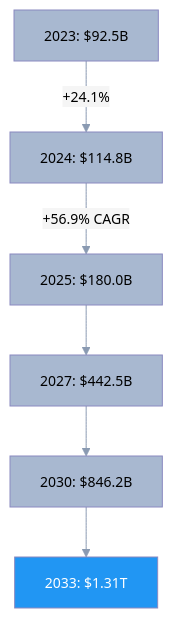
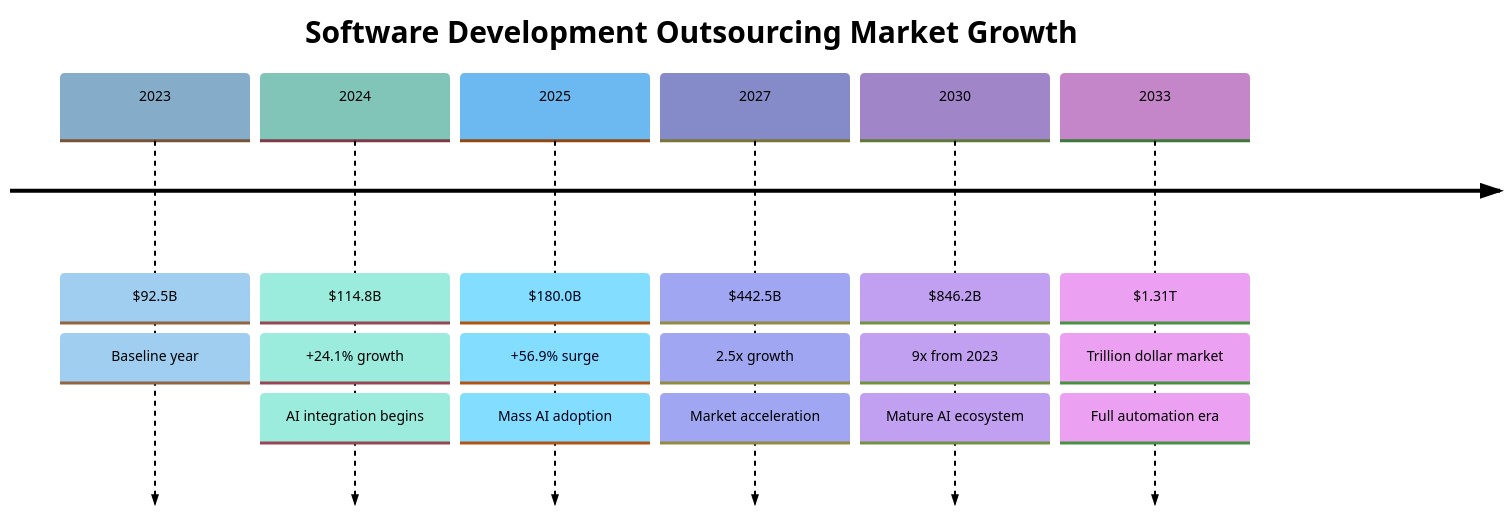
One commit to o2alexanderfedin/AI-Hive-Business-Docs changed the second of 7 diagrams in business-documents/market-analysis/03-market-size-growth.md. Above: the diagram before and after it, drawn with Mermaid. The commit also changed other lines of this file, not shown here.

Commit message:
feat: Improve timeline visualization with balanced colors
- Convert 'Explosive Growth Trajectory' from flowchart to timeline format
- Apply soft, muted color palette for better visual balance
- Use pale colors that are neither too dark nor too washed out
- Maintain black text for excellent readability
- Add contextual milestones to each timeline entry

The timeline now provides clearer chronological progression with
professional, easy-on-the-eyes colors.

🤖 Generated with [Claude Code](https://claude.ai/code)

````diff
--- a/business-documents/market-analysis/03-market-size-growth.md
+++ b/business-documents/market-analysis/03-market-size-growth.md
@@ -120,74 +120,88 @@
 %%{init: {
   'theme': 'base',
   'themeVariables': {
-    'primaryColor': '#A8B8D0',
+    'primaryColor': '#DDE8F0',
     'primaryTextColor': '#000000',
-    'primaryBorderColor': '#8A9AB2',
-    'lineColor': '#8A9AB2',
-    'secondaryColor': '#5DBCB6',
+    'primaryBorderColor': '#C8D5E3',
+    'lineColor': '#C8D5E3',
+    'secondaryColor': '#D8EDE9',
     'secondaryTextColor': '#000000',
-    'secondaryBorderColor': '#3D9A94',
-    'tertiaryColor': '#84D4F5',
+    'secondaryBorderColor': '#C0DDD7',
+    'tertiaryColor': '#E0F0FC',
     'tertiaryTextColor': '#000000',
-    'tertiaryBorderColor': '#5ABCD8',
-    'background': '#F5F5F5',
-    'mainBkg': '#A8B8D0',
-    'secondBkg': '#5DBCB6',
-    'tertiaryBkg': '#84D4F5',
+    'tertiaryBorderColor': '#C8E2F5',
+    'background': '#F8F8F8',
+    'mainBkg': '#DDE8F0',
+    'secondBkg': '#D8EDE9',
+    'tertiaryBkg': '#E0F0FC',
     'mainContrastColor': '#000000',
     'darkMode': false,
     'fontFamily': 'Arial, sans-serif',
     'fontSize': '14px',
-    'labelBackground': '#E8E8E8',
+    'labelBackground': '#F0F0F0',
     'textColor': '#000000',
-    'nodeBkg': '#B3B2D8',
+    'nodeBkg': '#E5E4F2',
     'nodeTextColor': '#000000',
-    'nodeBorder': '#8A89C0',
-    'clusterBkg': '#E5C4CA',
-    'clusterBorder': '#CDA2AB',
-    'defaultLinkColor': '#8A9AB2',
+    'nodeBorder': '#D2D0E5',
+    'clusterBkg': '#F0E5E8',
+    'clusterBorder': '#E5D5DA',
+    'defaultLinkColor': '#C8D5E3',
     'titleColor': '#000000',
-    'edgeLabelBackground': '#F5F5F5',
-    'actorBorder': '#8A9AB2',
-    'actorBkg': '#B3B2D8',
+    'edgeLabelBackground': '#F8F8F8',
+    'actorBorder': '#C8D5E3',
+    'actorBkg': '#E5E4F2',
     'actorTextColor': '#000000',
-    'actorLineColor': '#8A9AB2',
+    'actorLineColor': '#C8D5E3',
     'signalColor': '#000000',
     'signalTextColor': '#000000',
-    'activationBorderColor': '#8A9AB2',
-    'activationBkgColor': '#E5C4CA',
+    'activationBorderColor': '#C8D5E3',
+    'activationBkgColor': '#F0E5E8',
     'sequenceNumberColor': '#000000',
-    'sectionBkgColor': '#FFD54F',
-    'altSectionBkgColor': '#FFB74D',
-    'sectionBkgColor2': '#E1B3C4',
-    'taskBorderColor': '#8A9AB2',
-    'taskBkgColor': '#B3B2D8',
+    'sectionBkgColor': '#FFF5E0',
+    'altSectionBkgColor': '#FFEDD5',
+    'sectionBkgColor2': '#F0E5EA',
+    'taskBorderColor': '#C8D5E3',
+    'taskBkgColor': '#E5E4F2',
     'taskTextColor': '#000000',
     'taskTextLightColor': '#000000',
     'taskTextOutsideColor': '#000000',
     'taskTextClickableColor': '#000000',
-    'activeTaskBorderColor': '#A8B8D0',
-    'activeTaskBkgColor': '#84D4F5',
-    'gridColor': '#C0C0C0',
-    'doneTaskBkgColor': '#5DBCB6',
-    'doneTaskBorderColor': '#3D9A94',
-    'critBorderColor': '#E27D00',
-    'critBkgColor': '#FFB74D',
-    'todayLineColor': '#E27D00',
+    'activeTaskBorderColor': '#DDE8F0',
+    'activeTaskBkgColor': '#E0F0FC',
+    'gridColor': '#E0E0E0',
+    'doneTaskBkgColor': '#D8EDE9',
+    'doneTaskBorderColor': '#C0DDD7',
+    'critBorderColor': '#F0D5B5',
+    'critBkgColor': '#FFEDD5',
+    'todayLineColor': '#F0D5B5',
     'labelColor': '#000000',
-    'errorBkgColor': '#E1B3C4',
+    'errorBkgColor': '#F0E5EA',
     'errorTextColor': '#000000'
   }
 }}%%
-graph TD
-    A[2023: $92.5B] -->|+24.1%| B[2024: $114.8B]
-    B -->|+56.9% CAGR| C[2025: $180.0B]
-    C --> D[2027: $442.5B]
-    D --> E[2030: $846.2B]
-    E --> F[2033: $1.31T]
+timeline
+    title Software Development Outsourcing Market Growth
 
+    2023 : $92.5B
+         : Baseline year
 
+    2024 : $114.8B
+         : +24.1% growth
+         : AI integration begins
 
+    2025 : $180.0B
+         : +56.9% surge
+         : Mass AI adoption
 
-    style F fill:#2196F3,color:#fff
+    2027 : $442.5B
+         : 2.5x growth
+         : Market acceleration
+
+    2030 : $846.2B
+         : 9x from 2023
+         : Mature AI ecosystem
+
+    2033 : $1.31T
+         : Trillion dollar market
+         : Full automation era
 ```
````
